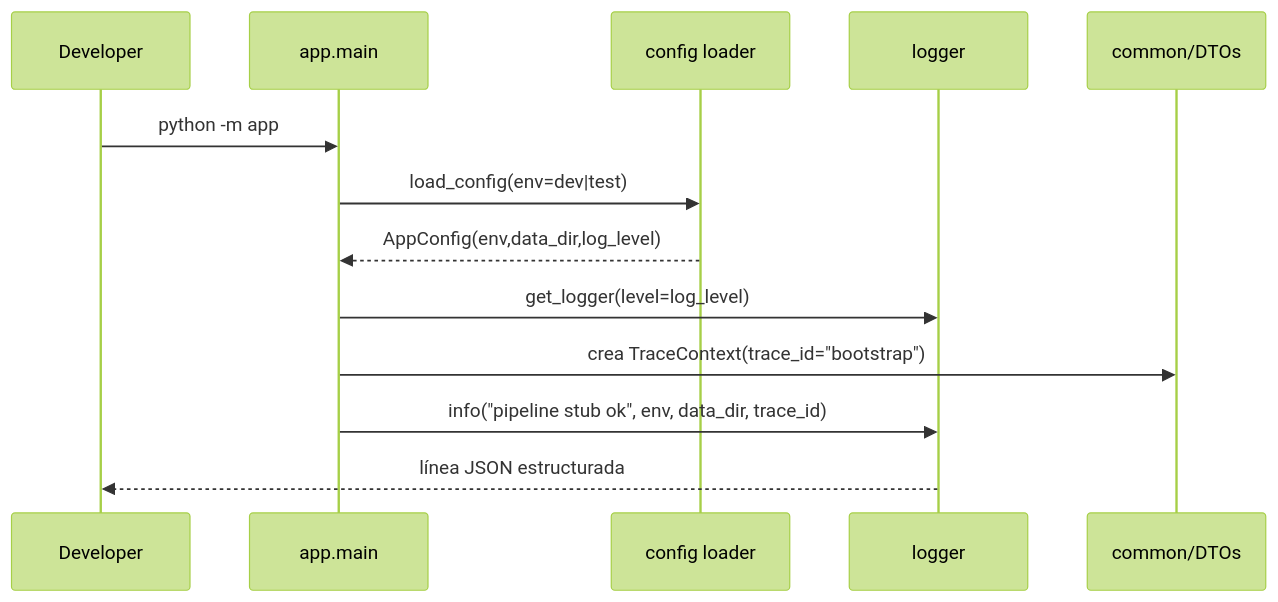
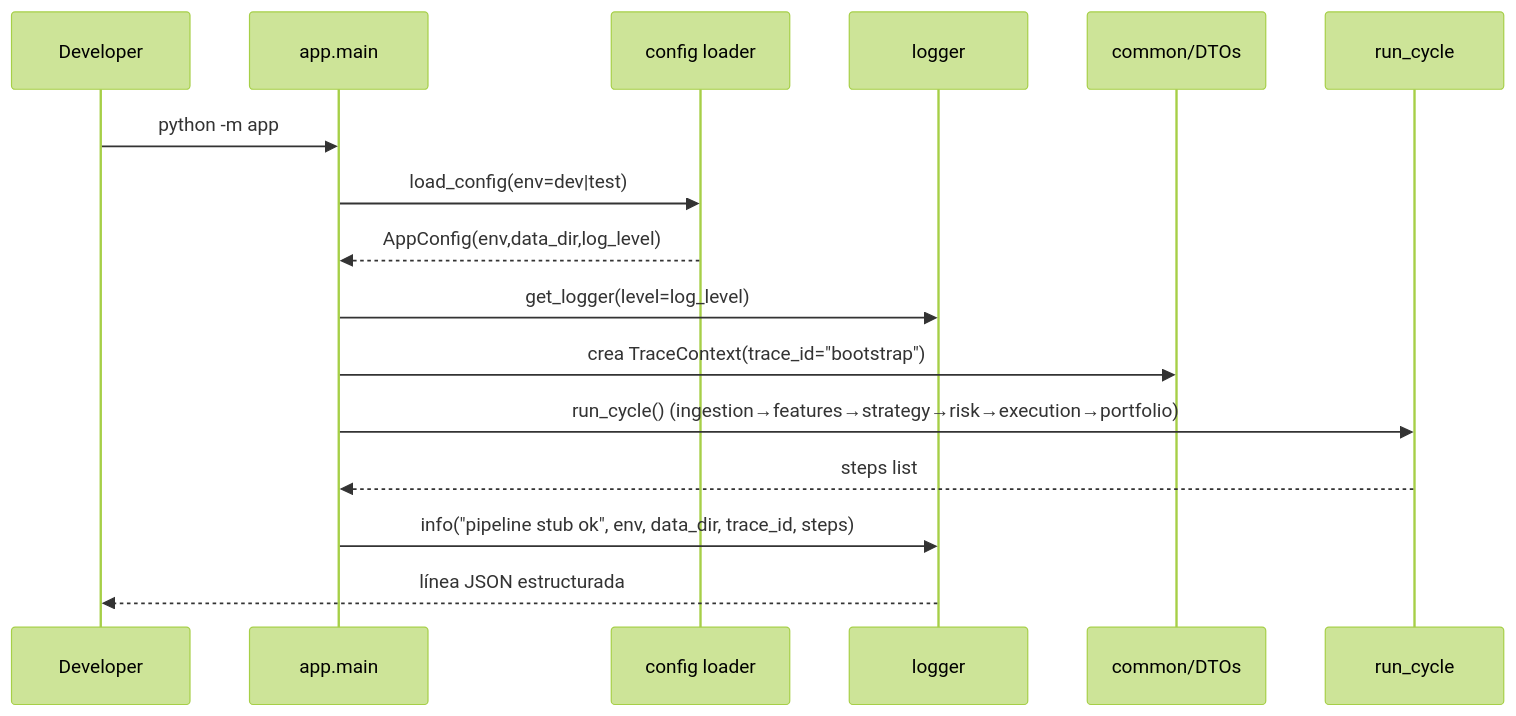
One commit to oscarlgarcia/MyTraderSystem changed the third of 3 diagrams in docs/architecture.md. Above: the diagram before and after it, drawn with Mermaid (forest theme). The commit also changed other lines of this file and 5 other files, not shown here.

Commit message:
feat: add hello pipeline stub cycle and e2e tests

````diff
--- a/docs/architecture.md
+++ b/docs/architecture.md
@@ -124,16 +126,19 @@
 ```mermaid
 sequenceDiagram
   participant Dev as Developer
   participant Main as app.main
   participant Config as config loader
   participant Logger as logger
   participant Common as common/DTOs
+  participant Cycle as run_cycle
 
   Dev->>Main: python -m app
   Main->>Config: load_config(env=dev|test)
   Config-->>Main: AppConfig(env,data_dir,log_level)
   Main->>Logger: get_logger(level=log_level)
   Main->>Common: crea TraceContext(trace_id="bootstrap")
-  Main->>Logger: info("pipeline stub ok", env, data_dir, trace_id)
+  Main->>Cycle: run_cycle() (ingestion→features→strategy→risk→execution→portfolio)
+  Cycle-->>Main: steps list
+  Main->>Logger: info("pipeline stub ok", env, data_dir, trace_id, steps)
   Logger-->>Dev: línea JSON estructurada
 ```
````
